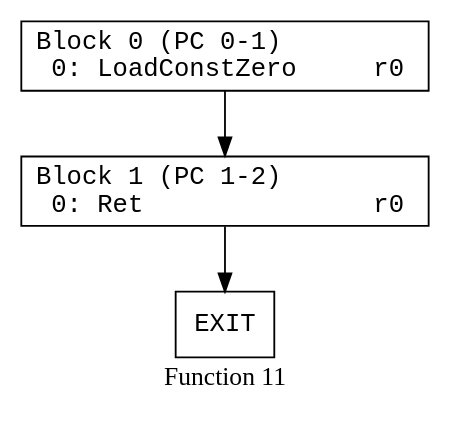
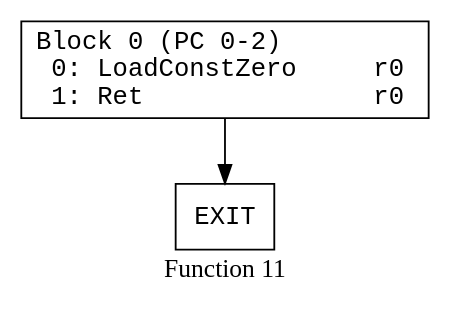
Before and after one commit to kroo/hermes-dec-rs: the diagram in data/individual_pdfs/flow_control_function_11.dot, drawn with Graphviz. The commit also changed 116 other files, not shown here.

```diff
--- a/data/individual_pdfs/flow_control_function_11.dot
+++ b/data/individual_pdfs/flow_control_function_11.dot
@@ -1,18 +1,16 @@
 // Function 11 from flow_control
 // Generated from data/flow_control.dot
 
 digraph {
   rankdir=TB;
   node [shape=box, fontname="monospace"];
 
   label = "Function 11";
   style = filled;
   color = lightgrey;
 
-  f11_n0 [ label = "Block 0 (PC 0-1)\l  0: LoadConstZero     r0\l" ]
-  f11_n1 [ label = "Block 1 (PC 1-2)\l  0: Ret               r0\l" ]
-  f11_n2 [ label = "EXIT" ]
+  f11_n0 [ label = "Block 0 (PC 0-2)\l  0: LoadConstZero     r0\l  1: Ret               r0\l" ]
+  f11_n1 [ label = "EXIT" ]
 
   f11_n0 -> f11_n1
-  f11_n1 -> f11_n2
 }
```
